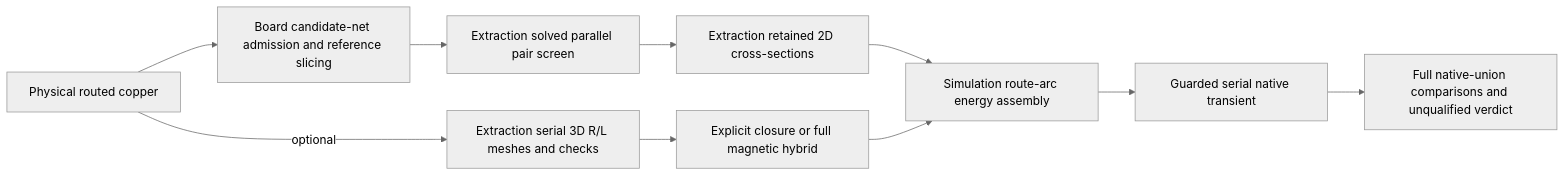
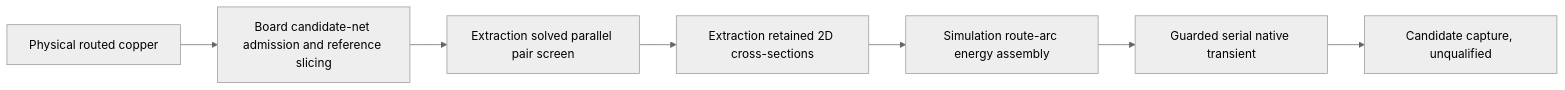
Before and after one commit to ShiboSoftwareDev/signal-integrity-pipeline: the third of 5 diagrams in docs/ARCHITECTURE.md, drawn with Mermaid (neutral theme). The commit also changed other lines of this file and 192 other files, not shown here.

````diff
--- a/docs/ARCHITECTURE.md
+++ b/docs/ARCHITECTURE.md
@@ -118,12 +84,9 @@
 ```mermaid
 flowchart LR
   board[Physical routed copper] --> cap[Board candidate-net admission and reference slicing]
   cap --> pair[Extraction solved parallel pair screen]
   pair --> field[Extraction retained 2D cross-sections]
   field --> ladder[Simulation route-arc energy assembly]
-  board -->|optional| magnetic[Extraction serial 3D R/L meshes and checks]
-  magnetic --> hybrid[Explicit closure or full magnetic hybrid]
-  hybrid --> ladder
   ladder --> native[Guarded serial native transient]
-  native --> compare[Full native-union comparisons and unqualified verdict]
+  native --> verdict[Candidate capture, unqualified]
 ```
````
